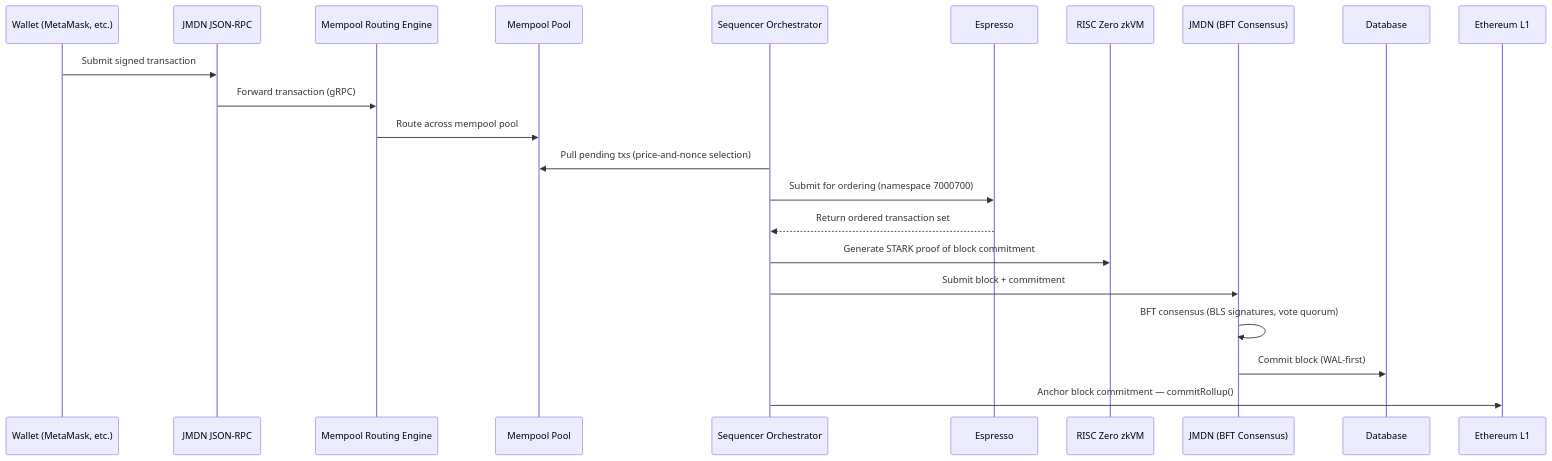
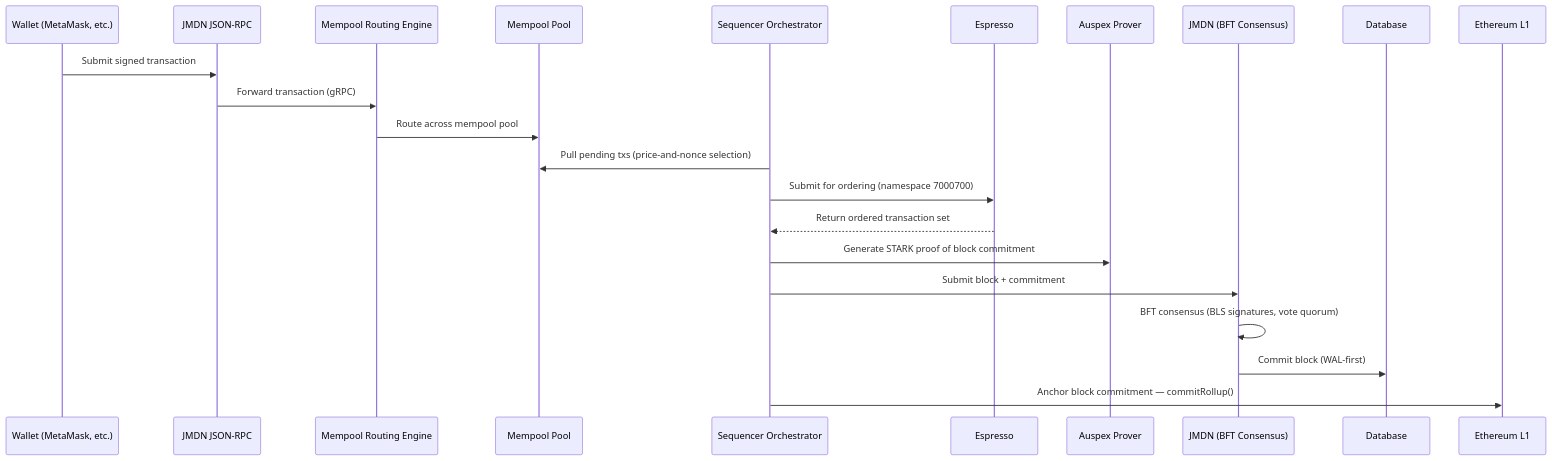
Before and after one commit to JupiterMetaLabs/docs: the diagram in versioned_docs/version-2.0/transaction-lifecycle.md, drawn with Mermaid. The commit also changed other lines of this file and 99 other files, not shown here.

````diff
--- a/versioned_docs/version-2.0/transaction-lifecycle.md
+++ b/versioned_docs/version-2.0/transaction-lifecycle.md
@@ -19,25 +19,25 @@
 ```mermaid
 sequenceDiagram
     participant Wallet as Wallet (MetaMask, etc.)
     participant RPC as JMDN JSON-RPC
     participant MRE as Mempool Routing Engine
     participant Mempools as Mempool Pool
     participant Seq as Sequencer Orchestrator
     participant Espresso as Espresso
-    participant zkVM as RISC Zero zkVM
+    participant zkVM as Auspex Prover
     participant JMDN as JMDN (BFT Consensus)
     participant DB as Database
     participant L1 as Ethereum L1
 
     Wallet->>RPC: Submit signed transaction
     RPC->>MRE: Forward transaction (gRPC)
     MRE->>Mempools: Route across mempool pool
     Seq->>Mempools: Pull pending txs (price-and-nonce selection)
     Seq->>Espresso: Submit for ordering (namespace 7000700)
     Espresso-->>Seq: Return ordered transaction set
     Seq->>zkVM: Generate STARK proof of block commitment
     Seq->>JMDN: Submit block + commitment
     JMDN->>JMDN: BFT consensus (BLS signatures, vote quorum)
     JMDN->>DB: Commit block (WAL-first)
     Seq->>L1: Anchor block commitment — commitRollup()
 ```
````
